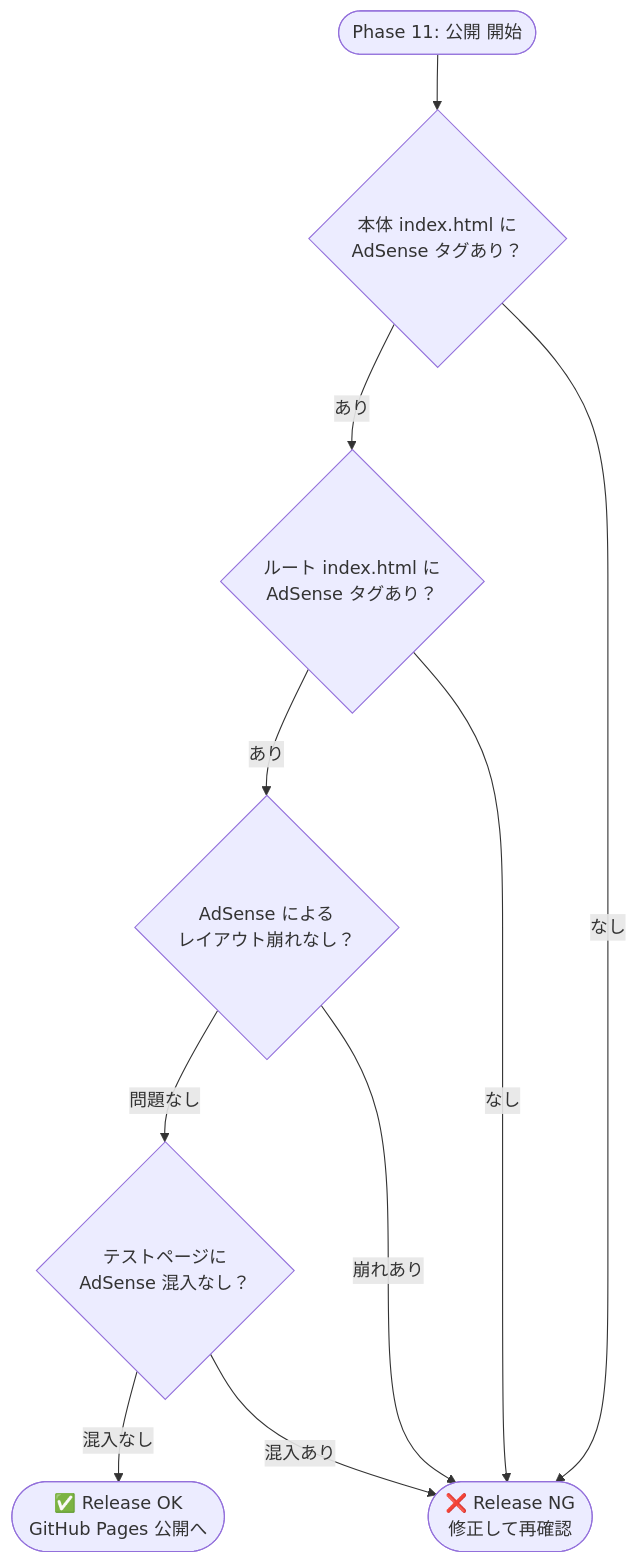
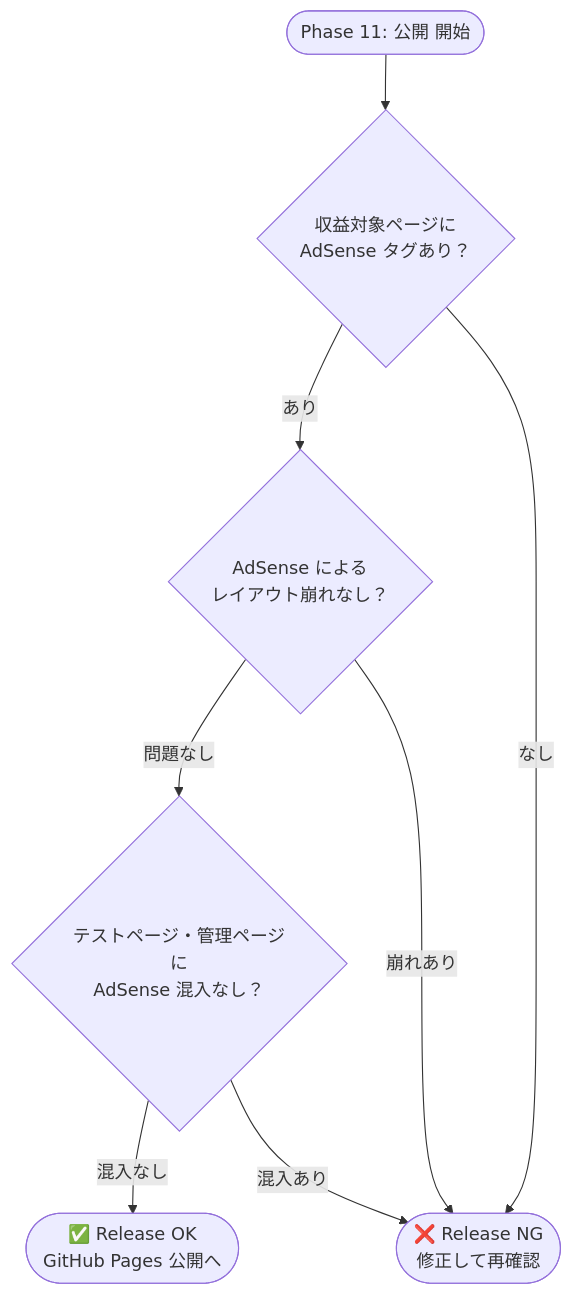
The fifth of 5 diagrams in USECASE.md (garyohosu/openclaw-app-company), drawn with Mermaid before and after one commit. The commit also changed other lines of this file and 2 other files, not shown here.

````diff
--- a/USECASE.md
+++ b/USECASE.md
@@ -275,20 +276,17 @@
 ```mermaid
 flowchart TD
     start(["Phase 11: 公開 開始"])
-    check1{"本体 index.html に\nAdSense タグあり？"}
-    check2{"ルート index.html に\nAdSense タグあり？"}
-    check3{"AdSense による\nレイアウト崩れなし？"}
-    check4{"テストページに\nAdSense 混入なし？"}
+    check1{"収益対象ページに\nAdSense タグあり？"}
+    check2{"AdSense による\nレイアウト崩れなし？"}
+    check3{"テストページ・管理ページに\nAdSense 混入なし？"}
     ok(["✅ Release OK\nGitHub Pages 公開へ"])
     ng(["❌ Release NG\n修正して再確認"])
 
     start --> check1
     check1 -->|"あり"| check2
     check1 -->|"なし"| ng
-    check2 -->|"あり"| check3
-    check2 -->|"なし"| ng
-    check3 -->|"問題なし"| check4
-    check3 -->|"崩れあり"| ng
-    check4 -->|"混入なし"| ok
-    check4 -->|"混入あり"| ng
+    check2 -->|"問題なし"| check3
+    check2 -->|"崩れあり"| ng
+    check3 -->|"混入なし"| ok
+    check3 -->|"混入あり"| ng
 ```
````
